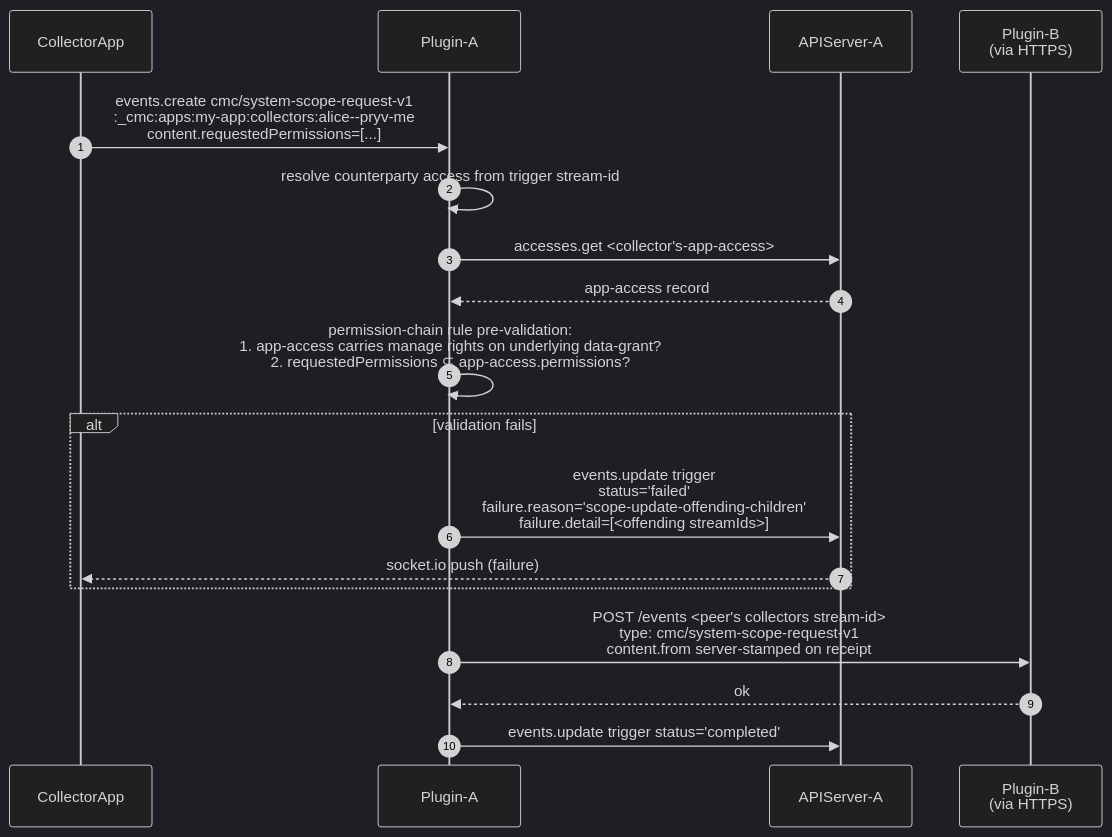
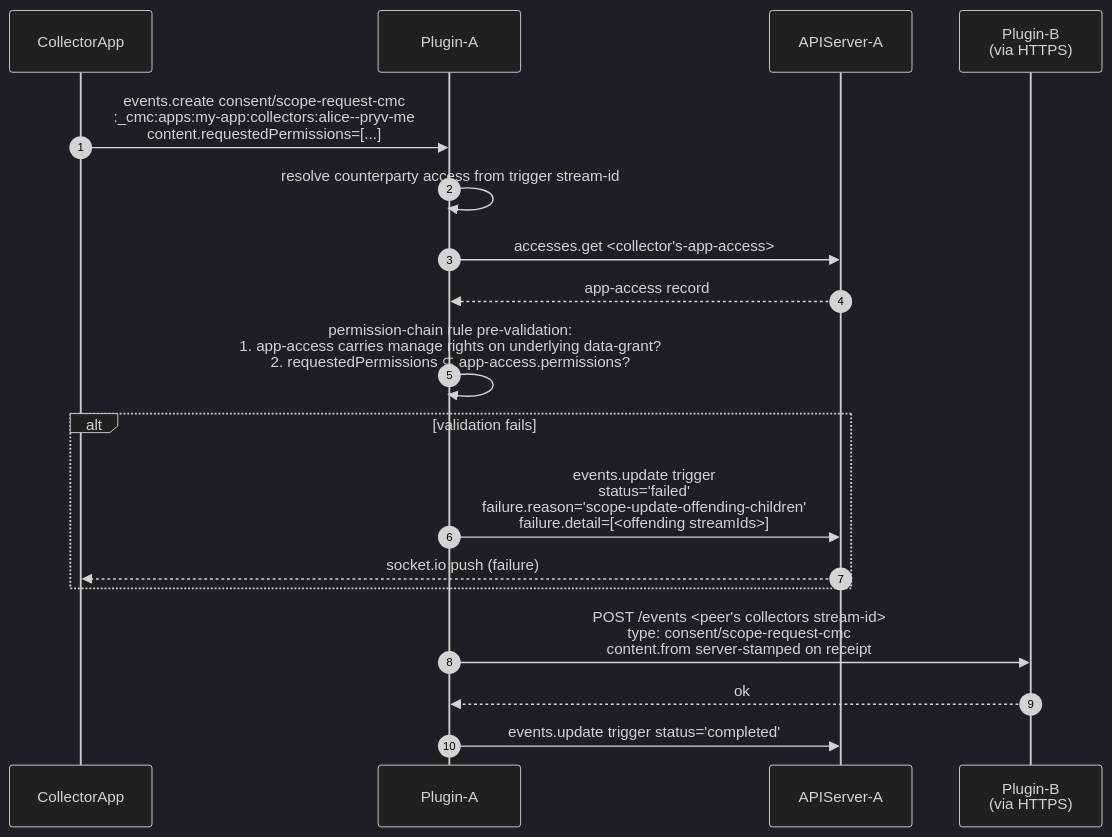
Before and after one commit to pryv/open-pryv.io: the eighth of 14 diagrams in components/cmc/INTERNALS.md, drawn with Mermaid (dark theme). The commit also changed other lines of this file and 40 other files, not shown here.

````diff
--- a/components/cmc/INTERNALS.md
+++ b/components/cmc/INTERNALS.md
@@ -359,21 +359,21 @@
 ```mermaid
 sequenceDiagram
     autonumber
     participant CollectorApp
     participant Plugin as Plugin-A
     participant APIServer as APIServer-A
     participant Peer as Plugin-B<br/>(via HTTPS)
 
-    CollectorApp->>Plugin: events.create cmc/system-scope-request-v1<br/>:_cmc:apps:my-app:collectors:alice--pryv-me<br/>content.requestedPermissions=[...]
+    CollectorApp->>Plugin: events.create consent/scope-request-cmc<br/>:_cmc:apps:my-app:collectors:alice--pryv-me<br/>content.requestedPermissions=[...]
     Plugin->>Plugin: resolve counterparty access from trigger stream-id
     Plugin->>APIServer: accesses.get <collector's-app-access>
     APIServer-->>Plugin: app-access record
     Plugin->>Plugin: permission-chain rule pre-validation:<br/>1. app-access carries manage rights on underlying data-grant?<br/>2. requestedPermissions ⊆ app-access.permissions?
     alt validation fails
         Plugin->>APIServer: events.update trigger<br/>status='failed'<br/>failure.reason='scope-update-offending-children'<br/>failure.detail=[<offending streamIds>]
         APIServer-->>CollectorApp: socket.io push (failure)
     end
-    Plugin->>Peer: POST /events <peer's collectors stream-id><br/>type: cmc/system-scope-request-v1<br/>content.from server-stamped on receipt
+    Plugin->>Peer: POST /events <peer's collectors stream-id><br/>type: consent/scope-request-cmc<br/>content.from server-stamped on receipt
     Peer-->>Plugin: ok
     Plugin->>APIServer: events.update trigger status='completed'
 ```
````
